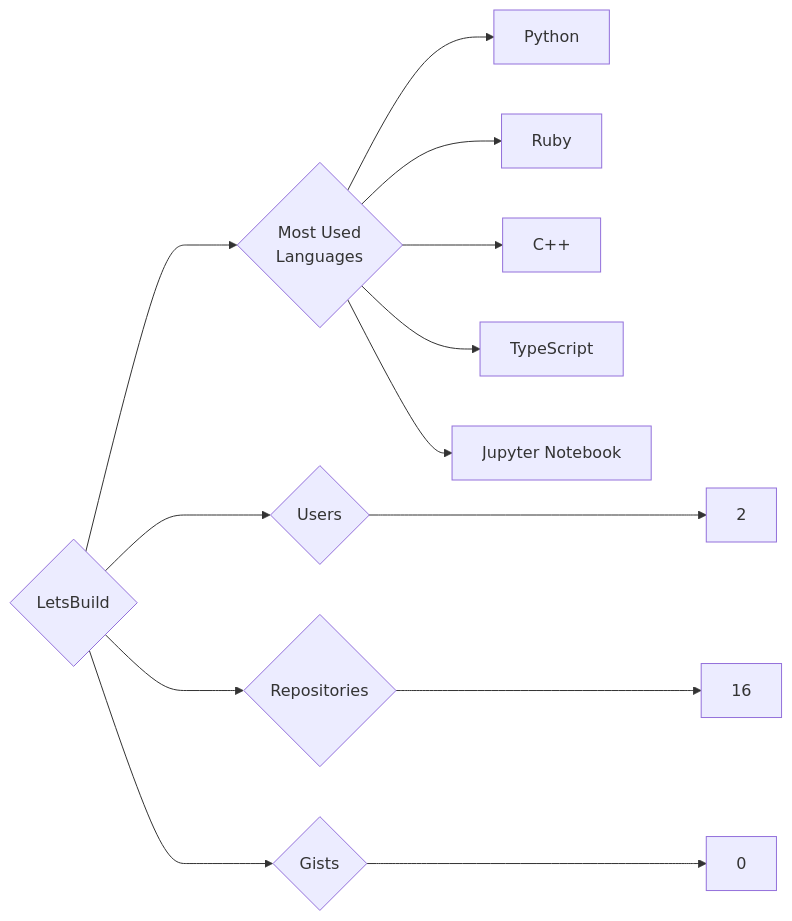
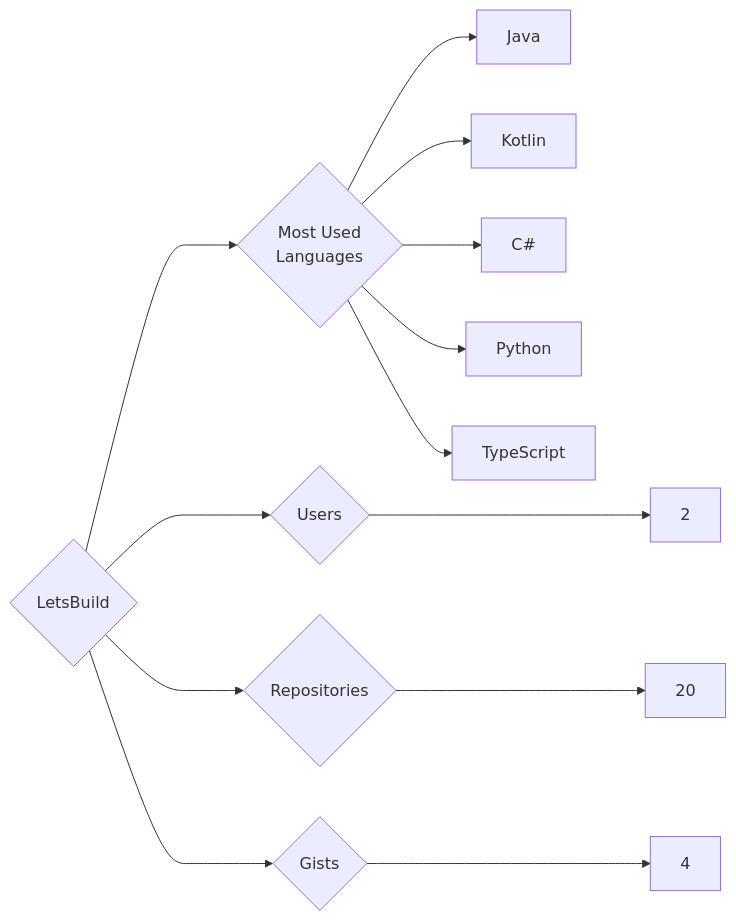
Before and after one commit to trickest/insiders: the diagram in targets/LetsBuild/README.md, drawn with Mermaid. The commit also changed 924 other files, not shown here.

````diff
--- a/targets/LetsBuild/README.md
+++ b/targets/LetsBuild/README.md
@@ -3,13 +3,13 @@
 ```mermaid
 graph LR
 COMPANY_NAME{LetsBuild}
 COMPANY_NAME ---> U{Users} ---> UN[2]
-COMPANY_NAME ---> R{Repositories} ---> RN[16]
-COMPANY_NAME ---> G{Gists} ---> GN[0]
+COMPANY_NAME ---> R{Repositories} ---> RN[20]
+COMPANY_NAME ---> G{Gists} ---> GN[4]
 COMPANY_NAME ---> ML{Most Used<br>Languages}
+ML --> Java[Java]
+ML --> Kotlin[Kotlin]
+ML --> C#[C#]
 ML --> Python[Python]
-ML --> Ruby[Ruby]
-ML --> C++[C++]
 ML --> TypeScript[TypeScript]
-ML --> Jupyter_Notebook[Jupyter Notebook]
 ```
````
